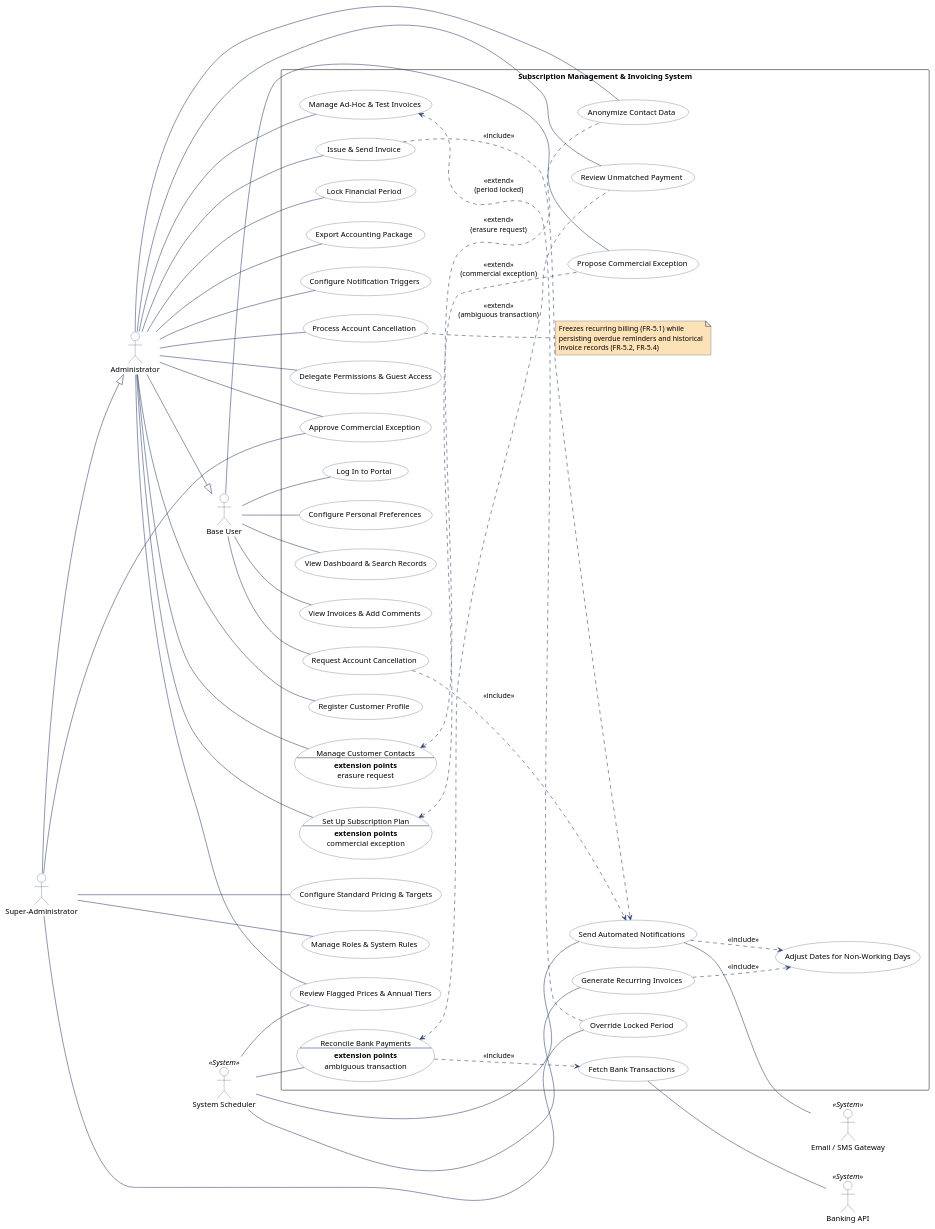
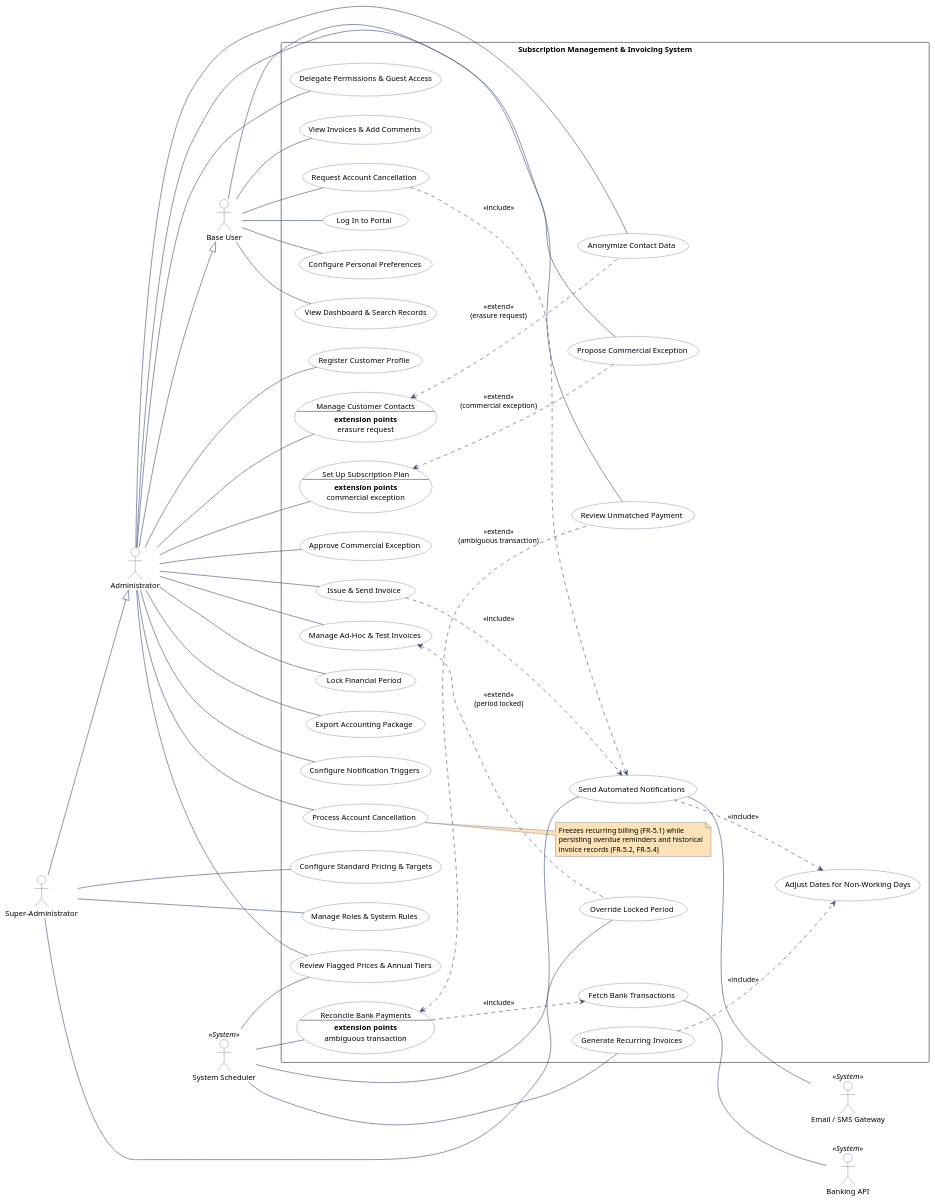
Before and after one commit to Sandunga-ADAProj/ada-project: the diagram in doc/src/use-case-simplified.pu, drawn with PlantUML. The commit also changed 26 other files, not shown here.

```diff
--- a/doc/src/use-case-simplified.pu
+++ b/doc/src/use-case-simplified.pu
@@ -1,165 +1,164 @@
 @startuml
 left to right direction
 
 ' Global settings
 skinparam shadowing false
 skinparam packageStyle rectangle
 
 ' Use Case styling
 skinparam usecase {
     BackgroundColor #FFFFFF
     BorderColor #2B3E6A
     FontColor #000000
 }
 
 ' Actor styling
 skinparam actor {
     BackgroundColor #FFFFFF
     BorderColor #2B3E6A
     FontColor #000000
 }
 
 ' Note styling
 skinparam note {
     BackgroundColor #FDE2B8
     BorderColor #2B3E6A
     FontColor #000000
 }
 
 ' Arrow styling
 skinparam arrow {
     Color #2B3E6A
 }
 
 '=== Actors ===
 ' Human Actors
 actor "Base User" as User
 actor "Administrator" as Admin
 actor "Super-Administrator" as SuperAdmin
 
 ' System Actors
 actor "Banking API" as BankAPI << System >>
 actor "Email / SMS Gateway" as NotifSystem << System >>
 actor "System Scheduler" as Timer << System >>
 
 
 '=== System Boundary ===
 rectangle "Subscription Management & Invoicing System" {
 
     '=== Use Cases ===
     ' 1. Portal Access & Navigation (UC01 - UC04)
     usecase "Log In to Portal" as UC01
     usecase "Configure Personal Preferences" as UC02
     usecase "View Dashboard & Search Records" as UC03
     usecase "View Invoices & Add Comments" as UC04
 
     ' 2. Customer Onboarding & CRM (UC05 - UC07)
     usecase "Register Customer Profile" as UC05
     usecase UC06 as "Manage Customer Contacts
     --
     **extension points**
     erasure request"
     usecase "Anonymize Contact Data" as UC07
 
     ' 3. Subscriptions & Pricing (UC08 - UC12)
     usecase UC08 as "Set Up Subscription Plan
     --
     **extension points**
     commercial exception"
     usecase "Propose Commercial Exception" as UC09
     usecase "Approve Commercial Exception" as UC10
     usecase "Configure Standard Pricing & Targets" as UC11
     usecase "Review Flagged Prices & Annual Tiers" as UC12
 
     ' 4. Invoicing & Accounting Operations (UC13 - UC19)
     usecase "Generate Recurring Invoices" as UC13
     usecase "Manage Ad-Hoc & Test Invoices" as UC14
     usecase "Issue & Send Invoice" as UC15
     usecase "Lock Financial Period" as UC16
     usecase "Override Locked Period" as UC17
     usecase "Export Accounting Package" as UC18
     usecase "Adjust Dates for Non-Working Days" as UC19
 
     ' 5. Banking & Reconciliation (UC20 - UC22)
     usecase UC20 as "Reconcile Bank Payments
     --
     **extension points**
     ambiguous transaction"
     usecase "Fetch Bank Transactions" as UC21
     usecase "Review Unmatched Payment" as UC22
 
     ' 6. Notifications & Cancellation (UC23 - UC26)
     usecase "Send Automated Notifications" as UC23
     usecase "Configure Notification Triggers" as UC24
     usecase "Request Account Cancellation" as UC25
     usecase "Process Account Cancellation" as UC26
 
     note right of UC26
         Freezes recurring billing (FR-5.1) while
         persisting overdue reminders and historical
         invoice records (FR-5.2, FR-5.4)
     end note
 
     ' 7. Access & System Administration (UC27 - UC28)
     usecase "Delegate Permissions & Guest Access" as UC27
     usecase "Manage Roles & System Rules" as UC28
 
 }
 
 '=== Relationships ===
 ' Actor Generalizations
 Admin --|> User
 SuperAdmin --|> Admin
 
 ' Base User Associations
 User -- UC01
 User -- UC02
 User -- UC03
 User -- UC04
 User -- UC09
 User -- UC25
 
 ' Administrator Associations
 Admin -- UC05
 Admin -- UC06
 Admin -- UC07
 Admin -- UC08
 Admin -- UC10
 Admin -- UC12
 Admin -- UC14
 Admin -- UC15
 Admin -- UC16
 Admin -- UC18
 Admin -- UC22
 Admin -- UC24
 Admin -- UC26
 Admin -- UC27
 
 ' Super-Administrator Associations
-SuperAdmin -- UC10
 SuperAdmin -- UC11
 SuperAdmin -- UC17
 SuperAdmin -- UC28
 
 ' Automated System Actor Associations
 Timer -- UC12
 Timer -- UC13
 Timer -- UC20
 Timer -- UC23
 UC21 -- BankAPI
 UC23 -- NotifSystem
 
 ' Include Relationships (Shared Subfunctions & External Calls)
 UC13 ..> UC19 : <<include>>
 UC23 ..> UC19 : <<include>>
 UC15 ..> UC23 : <<include>>
 UC25 ..> UC23 : <<include>>
 UC20 ..> UC21 : <<include>>
 
 ' Extend Relationships (Conditional Workflows)
 UC06 <.. UC07 : <<extend>>\n(erasure request)
 UC08 <.. UC09 : <<extend>>\n(commercial exception)
 UC14 <.. UC17 : <<extend>>\n(period locked)
 UC20 <.. UC22 : <<extend>>\n(ambiguous transaction)
 
 @enduml
```
